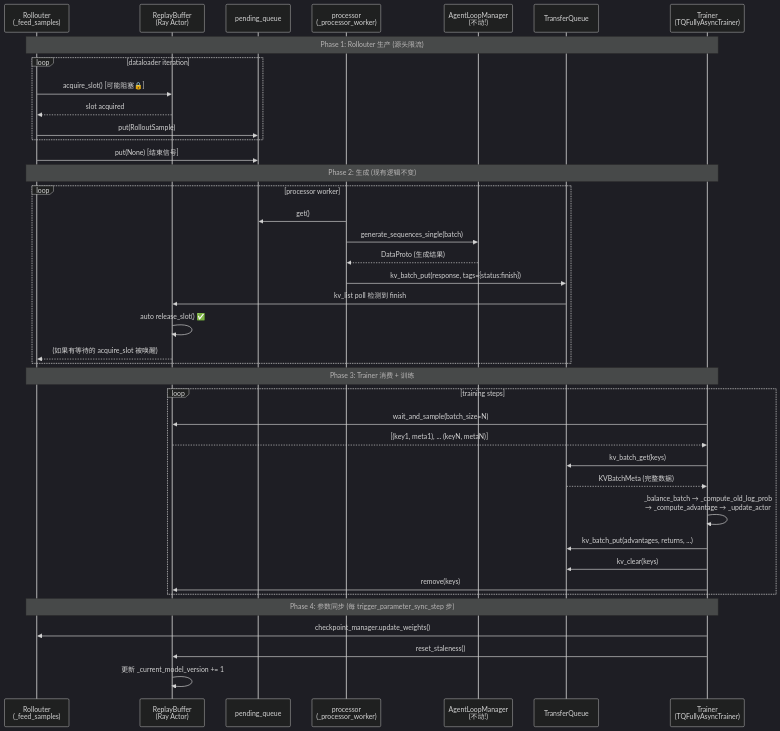
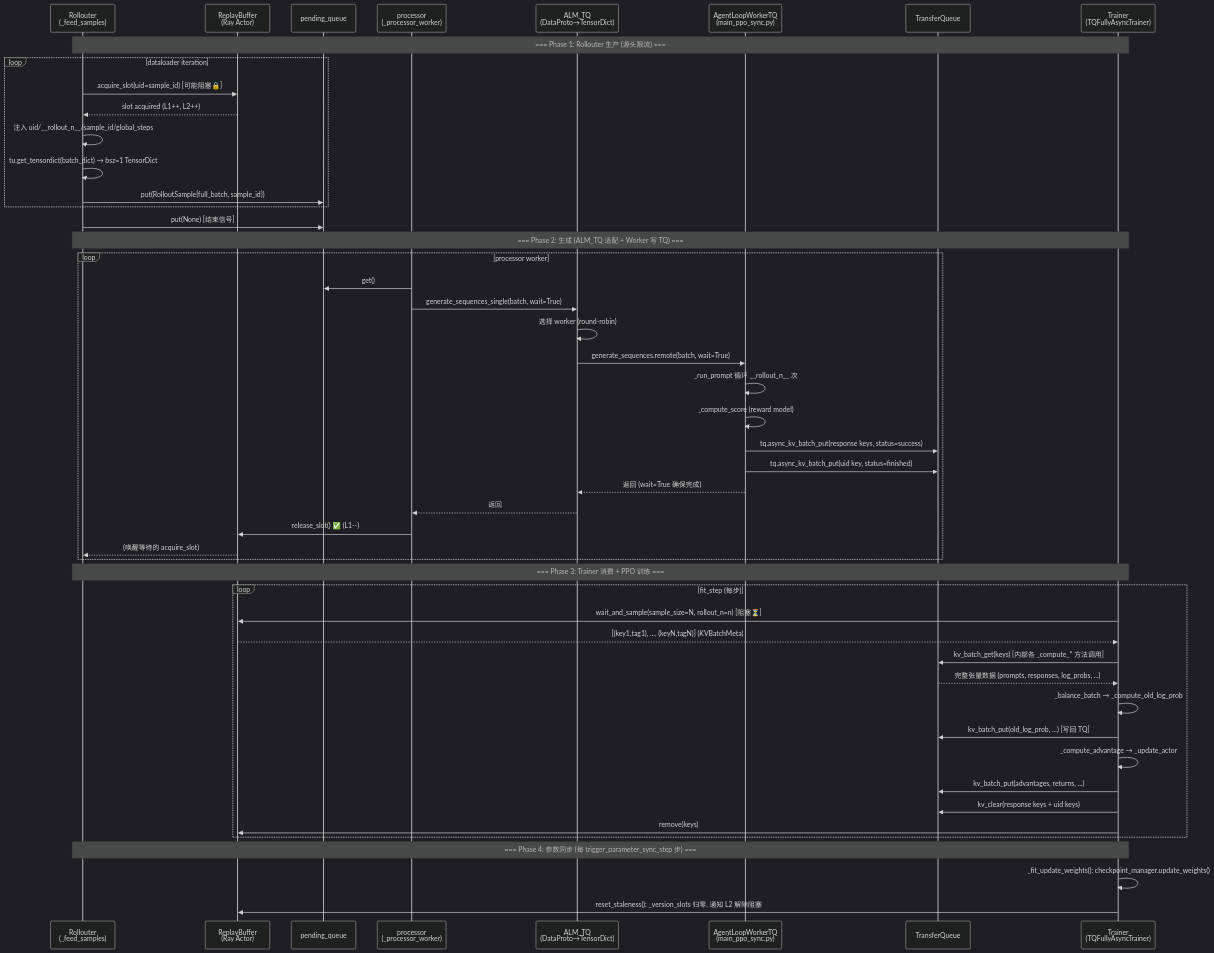
One commit to meituan-search/verl changed the fourth of 4 diagrams in verl/experimental/fully_async_policy/README_tq.md. Above: the diagram before and after it, drawn with Mermaid (dark theme). The commit also changed other lines of this file and 6 other files, not shown here.

````diff
--- a/verl/experimental/fully_async_policy/README_tq.md
+++ b/verl/experimental/fully_async_policy/README_tq.md
@@ -572,46 +440,53 @@
 ```mermaid
 sequenceDiagram
     participant R as Rollouter<br/>(_feed_samples)
     participant RB as ReplayBuffer<br/>(Ray Actor)
     participant PQ as pending_queue
     participant P as processor<br/>(_processor_worker)
-    participant ALM as AgentLoopManager<br/>(不动!)
+    participant ALM_TQ as ALM_TQ<br/>(DataProto→TensorDict)
+    participant ALW as AgentLoopWorkerTQ<br/>(main_ppo_sync.py)
     participant TQ as TransferQueue
     participant T as Trainer<br/>(TQFullyAsyncTrainer)
-
-    Note over R, T: Phase 1: Rollouter 生产 (源头限流)
+    Note over R, T: === Phase 1: Rollouter 生产 (源头限流) ===
     loop dataloader iteration
-        R->>RB: acquire_slot() [可能阻塞🔒]
-        RB-->>R: slot acquired
-        R->>PQ: put(RolloutSample)
+        R ->> RB: acquire_slot(uid=sample_id) [可能阻塞🔒]
+        RB -->> R: slot acquired (L1++, L2++)
+        R ->> R: 注入 uid/__rollout_n__/sample_id/global_steps
+        R ->> R: tu.get_tensordict(batch_dict) → bsz=1 TensorDict
+        R ->> PQ: put(RolloutSample{full_batch, sample_id})
     end
-    R->>PQ: put(None) [结束信号]
-
-    Note over R, T: Phase 2: 生成 (现有逻辑不变)
+    R ->> PQ: put(None) [结束信号]
+    Note over R, T: === Phase 2: 生成 (ALM_TQ 适配 + Worker 写 TQ) ===
     loop processor worker
-        P->>PQ: get()
-        P->>ALM: generate_sequences_single(batch)
-        ALM-->>P: DataProto (生成结果)
-        P->>TQ: kv_batch_put(response, tags={status:finish})
-        TQ->>RB: kv_list poll 检测到 finish
-        RB->>RB: auto release_slot() ✅
-        RB-->>R: (如果有等待的 acquire_slot 被唤醒)
+        P ->> PQ: get()
+        P ->> ALM_TQ: generate_sequences_single(batch, wait=True)
+        ALM_TQ ->> ALM_TQ: 选择 worker (round-robin)
+        ALM_TQ ->> ALW: generate_sequences.remote(batch, wait=True)
+        ALW ->> ALW: _run_prompt 循环 __rollout_n__ 次
+        ALW ->> ALW: _compute_score (reward model)
+        ALW ->> TQ: tq.async_kv_batch_put(response keys, status=success)
+        ALW ->> TQ: tq.async_kv_batch_put(uid key, status=finished)
+        ALW -->> ALM_TQ: 返回 (wait=True 确保完成)
+        ALM_TQ -->> P: 返回
+        P ->> RB: release_slot() ✅ (L1--)
+        RB -->> R: (唤醒等待的 acquire_slot)
     end
 
-    Note over R, T: Phase 3: Trainer 消费 + 训练
-    loop training steps
-        T->>RB: wait_and_sample(batch_size=N)
-        RB-->>T: [(key1, meta1), ... (keyN, metaN)]
-        T->>TQ: kv_batch_get(keys)
-        TQ-->>T: KVBatchMeta (完整数据)
-        T->>T: _balance_batch → _compute_old_log_prob<br/>→ _compute_advantage → _update_actor
-        T->>TQ: kv_batch_put(advantages, returns, ...)
-        T->>TQ: kv_clear(keys)
-        T->>RB: remove(keys)
+    Note over R, T: === Phase 3: Trainer 消费 + PPO 训练 ===
+    loop fit_step (每步)
+        T ->> RB: wait_and_sample(sample_size=N, rollout_n=n) [阻塞⏳]
+        RB -->> T: [(key1,tag1), ..., (keyN,tagN)] (KVBatchMeta)
+        T ->> TQ: kv_batch_get(keys) [内部各 _compute_* 方法调用]
+        TQ -->> T: 完整张量数据 (prompts, responses, log_probs, ...)
+        T ->> T: _balance_batch → _compute_old_log_prob
+        T ->> TQ: kv_batch_put(old_log_prob, ...) [写回 TQ]
+        T ->> T: _compute_advantage → _update_actor
+        T ->> TQ: kv_batch_put(advantages, returns, ...)
+        T ->> TQ: kv_clear(response keys + uid keys)
+        T ->> RB: remove(keys)
     end
 
-    Note over R, T: Phase 4: 参数同步 (每 trigger_parameter_sync_step 步)
-    T->>R: checkpoint_manager.update_weights()
-    T->>RB: reset_staleness()
-    RB->>RB: 更新 _current_model_version += 1
+    Note over R, T: === Phase 4: 参数同步 (每 trigger_parameter_sync_step 步) ===
+    T ->> T: _fit_update_weights(): checkpoint_manager.update_weights()
+    T ->> RB: reset_staleness(): _version_slots 归零, 通知 L2 解除阻塞
 ```
````
